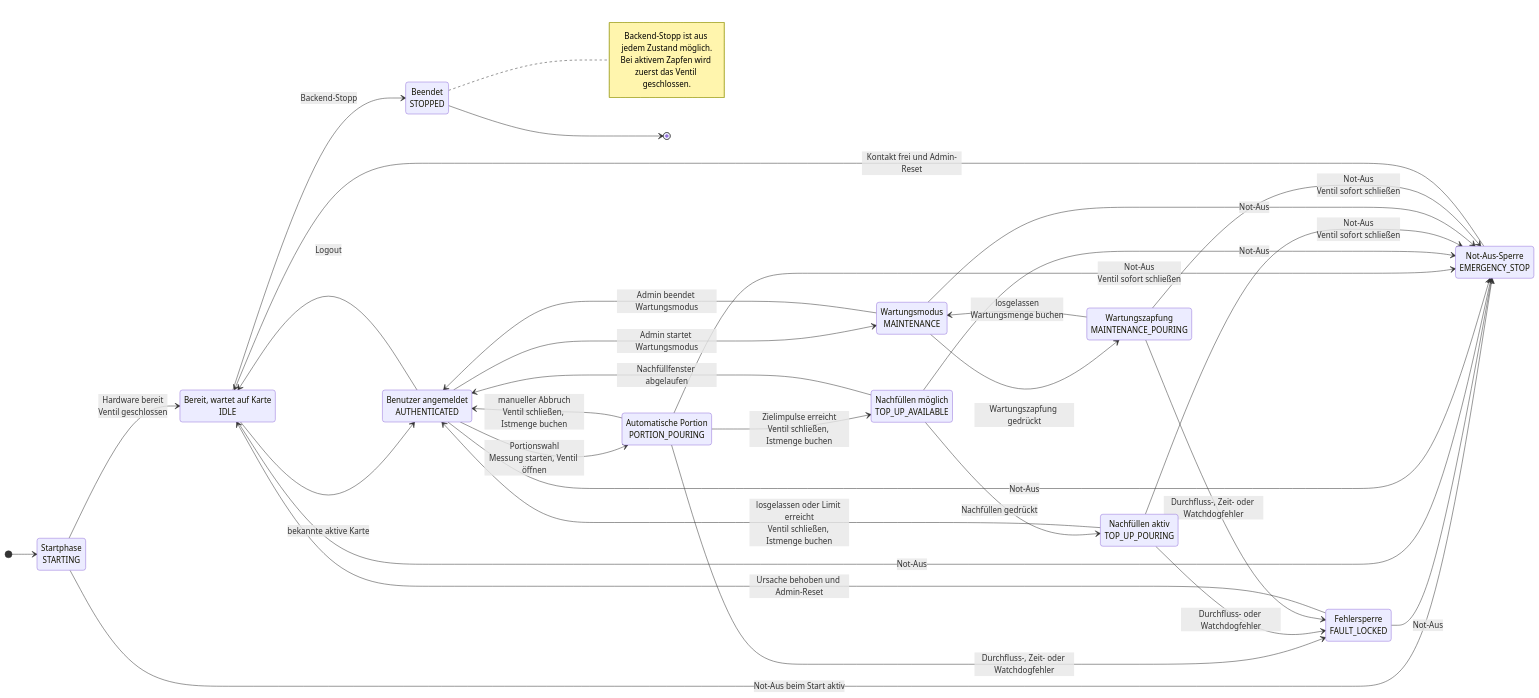
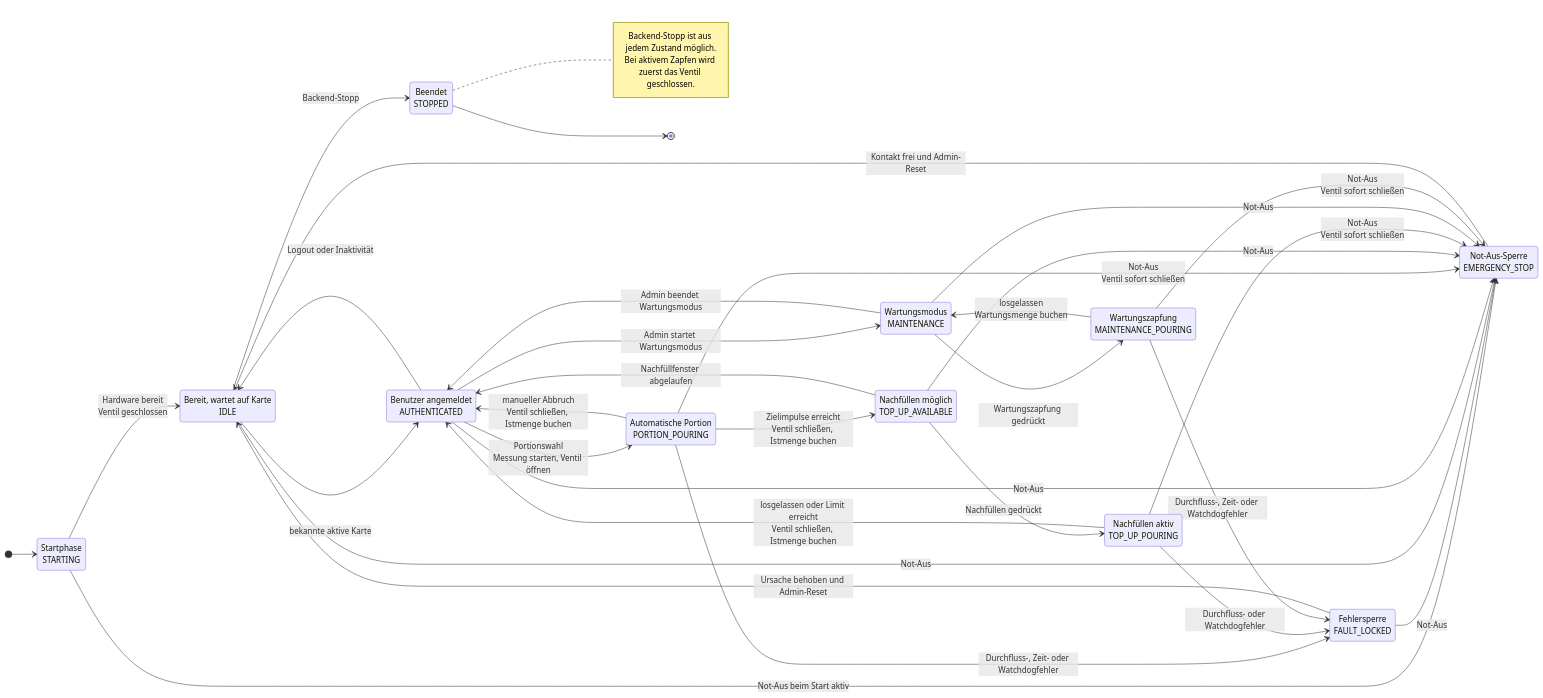
Before and after one commit to nemai09/zunder_zapfe: the diagram in docs/architecture/tap-state-machine.md, drawn with Mermaid. The commit also changed other lines of this file and 26 other files, not shown here.

````diff
--- a/docs/architecture/tap-state-machine.md
+++ b/docs/architecture/tap-state-machine.md
@@ -9,58 +9,58 @@
 ```mermaid
 stateDiagram-v2
     direction LR
 
     state "Startphase<br/>STARTING" as STARTING
     state "Bereit, wartet auf Karte<br/>IDLE" as IDLE
     state "Benutzer angemeldet<br/>AUTHENTICATED" as AUTHENTICATED
     state "Automatische Portion<br/>PORTION_POURING" as PORTION_POURING
     state "Nachfüllen möglich<br/>TOP_UP_AVAILABLE" as TOP_UP_AVAILABLE
     state "Nachfüllen aktiv<br/>TOP_UP_POURING" as TOP_UP_POURING
     state "Wartungsmodus<br/>MAINTENANCE" as MAINTENANCE
     state "Wartungszapfung<br/>MAINTENANCE_POURING" as MAINTENANCE_POURING
     state "Fehlersperre<br/>FAULT_LOCKED" as FAULT_LOCKED
     state "Not-Aus-Sperre<br/>EMERGENCY_STOP" as EMERGENCY_STOP
     state "Beendet<br/>STOPPED" as STOPPED
 
     [*] --> STARTING
     STARTING --> IDLE: Hardware bereit<br/>Ventil geschlossen
     STARTING --> EMERGENCY_STOP: Not-Aus beim Start aktiv
 
     IDLE --> AUTHENTICATED: bekannte aktive Karte
-    AUTHENTICATED --> IDLE: Logout
+    AUTHENTICATED --> IDLE: Logout oder Inaktivität
 
     AUTHENTICATED --> PORTION_POURING: Portionswahl<br/>Messung starten, Ventil öffnen
     PORTION_POURING --> TOP_UP_AVAILABLE: Zielimpulse erreicht<br/>Ventil schließen, Istmenge buchen
     PORTION_POURING --> AUTHENTICATED: manueller Abbruch<br/>Ventil schließen, Istmenge buchen
 
     TOP_UP_AVAILABLE --> TOP_UP_POURING: Nachfüllen gedrückt
     TOP_UP_AVAILABLE --> AUTHENTICATED: Nachfüllfenster abgelaufen
     TOP_UP_POURING --> AUTHENTICATED: losgelassen oder Limit erreicht<br/>Ventil schließen, Istmenge buchen
 
     AUTHENTICATED --> MAINTENANCE: Admin startet Wartungsmodus
     MAINTENANCE --> MAINTENANCE_POURING: Wartungszapfung gedrückt
     MAINTENANCE_POURING --> MAINTENANCE: losgelassen<br/>Wartungsmenge buchen
     MAINTENANCE --> AUTHENTICATED: Admin beendet Wartungsmodus
 
     PORTION_POURING --> FAULT_LOCKED: Durchfluss-, Zeit- oder Watchdogfehler
     TOP_UP_POURING --> FAULT_LOCKED: Durchfluss- oder Watchdogfehler
     MAINTENANCE_POURING --> FAULT_LOCKED: Durchfluss-, Zeit- oder Watchdogfehler
     FAULT_LOCKED --> IDLE: Ursache behoben und Admin-Reset
     FAULT_LOCKED --> EMERGENCY_STOP: Not-Aus
 
     IDLE --> EMERGENCY_STOP: Not-Aus
     AUTHENTICATED --> EMERGENCY_STOP: Not-Aus
     PORTION_POURING --> EMERGENCY_STOP: Not-Aus<br/>Ventil sofort schließen
     TOP_UP_AVAILABLE --> EMERGENCY_STOP: Not-Aus
     TOP_UP_POURING --> EMERGENCY_STOP: Not-Aus<br/>Ventil sofort schließen
     MAINTENANCE --> EMERGENCY_STOP: Not-Aus
     MAINTENANCE_POURING --> EMERGENCY_STOP: Not-Aus<br/>Ventil sofort schließen
     EMERGENCY_STOP --> IDLE: Kontakt frei und Admin-Reset
 
     IDLE --> STOPPED: Backend-Stopp
     note right of STOPPED
         Backend-Stopp ist aus jedem Zustand möglich.
         Bei aktivem Zapfen wird zuerst das Ventil geschlossen.
     end note
     STOPPED --> [*]
 ```
````
